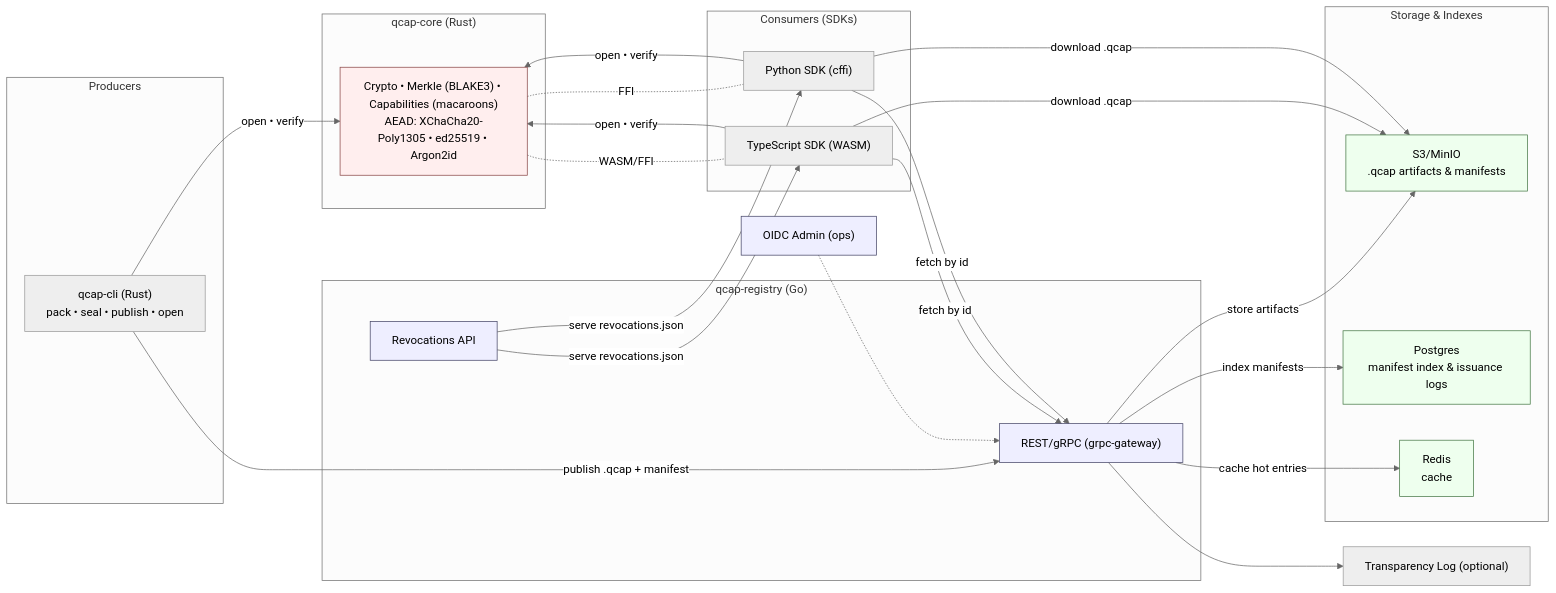
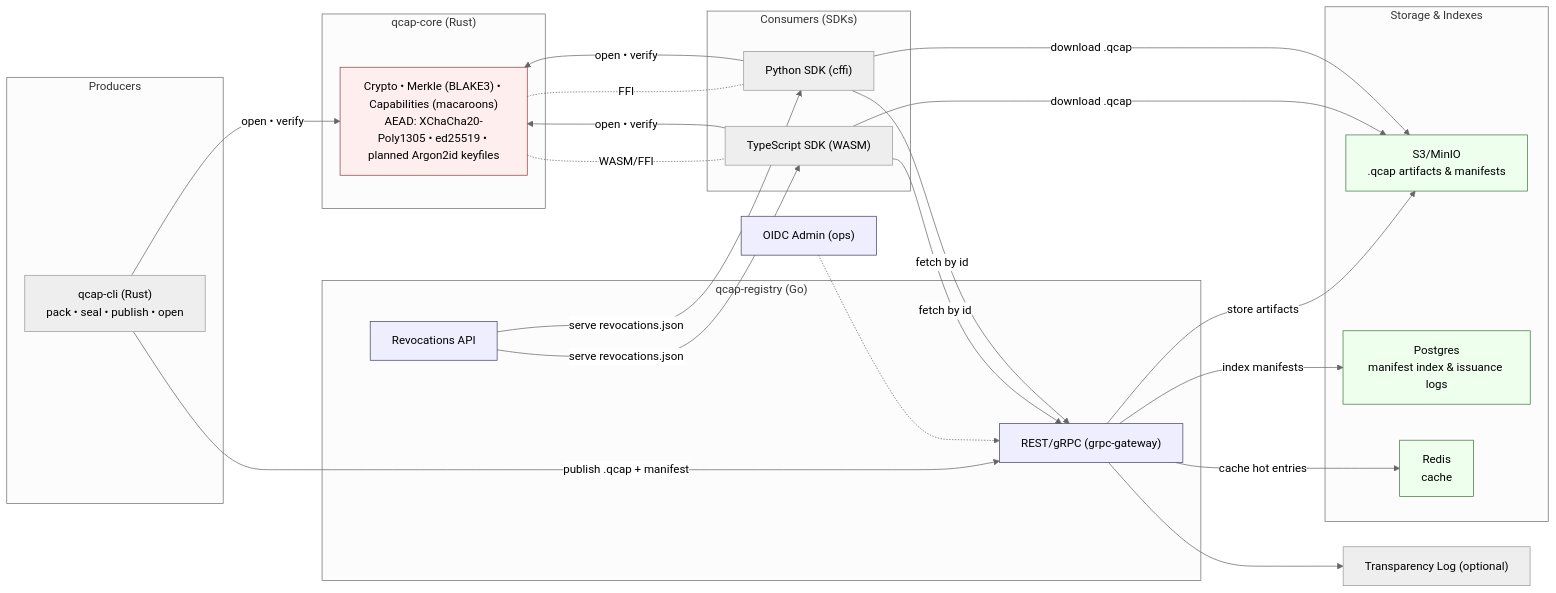
One commit to edip-dev-01/q-cap changed the diagram in README.md. Above: the diagram before and after it, drawn with Mermaid (neutral theme). The commit also changed other lines of this file and 7 other files, not shown here.

````diff
--- a/README.md
+++ b/README.md
@@ -40,72 +40,72 @@
 ```mermaid
 flowchart LR
   %% Q-Cap: Architecture at a glance
 
   %% --- Producers / CLI ---
   subgraph Producers["Producers"]
     CLI["qcap-cli (Rust)\npack • seal • publish • open"]
   end
 
   %% --- Registry Service ---
   subgraph Registry["qcap-registry (Go)"]
     API["REST/gRPC (grpc-gateway)"]
     REV["Revocations API"]
   end
 
   %% --- Storage & Indexes ---
   subgraph Storage["Storage & Indexes"]
     S3["S3/MinIO\n.qcap artifacts & manifests"]
     PG["Postgres\nmanifest index & issuance logs"]
     RED["Redis\ncache"]
   end
 
   %% --- Core Library ---
   subgraph Core["qcap-core (Rust)"]
-    CORE["Crypto • Merkle (BLAKE3) • Capabilities (macaroons)\nAEAD: XChaCha20-Poly1305 • ed25519 • Argon2id"]
+    CORE["Crypto • Merkle (BLAKE3) • Capabilities (macaroons)\nAEAD: XChaCha20-Poly1305 • ed25519 • planned Argon2id keyfiles"]
   end
 
   %% --- Consumers / SDKs ---
   subgraph Consumers["Consumers (SDKs)"]
     TS["TypeScript SDK (WASM)"]
     PY["Python SDK (cffi)"]
   end
 
   %% --- Optional integrations ---
   TLOG["Transparency Log (optional)"]
   OIDC["OIDC Admin (ops)"]
 
   %% --- Flows ---
   CLI -->|publish .qcap + manifest| API
   API -->|store artifacts| S3
   API -->|index manifests| PG
   API -->|cache hot entries| RED
   API --> TLOG
   OIDC -.-> API
 
   %% Fetch paths
   TS -->|fetch by id| API
   PY -->|fetch by id| API
   TS -->|download .qcap| S3
   PY -->|download .qcap| S3
 
   %% Open/verify using core semantics
   TS -->|open • verify| CORE
   PY -->|open • verify| CORE
   CLI -->|open • verify| CORE
 
   %% Revocations
   REV -->|serve revocations.json| TS
   REV -->|serve revocations.json| PY
 
   %% Bindings
   CORE -. WASM/FFI .- TS
   CORE -. FFI .- PY
 
   %% Styling
   classDef svc fill:#eef,stroke:#446,stroke-width:1px;
   classDef store fill:#efe,stroke:#474,stroke-width:1px;
   classDef core fill:#fee,stroke:#844,stroke-width:1px;
   class API,REV,OIDC svc;
   class S3,PG,RED store;
   class CORE core;
 ```
````
